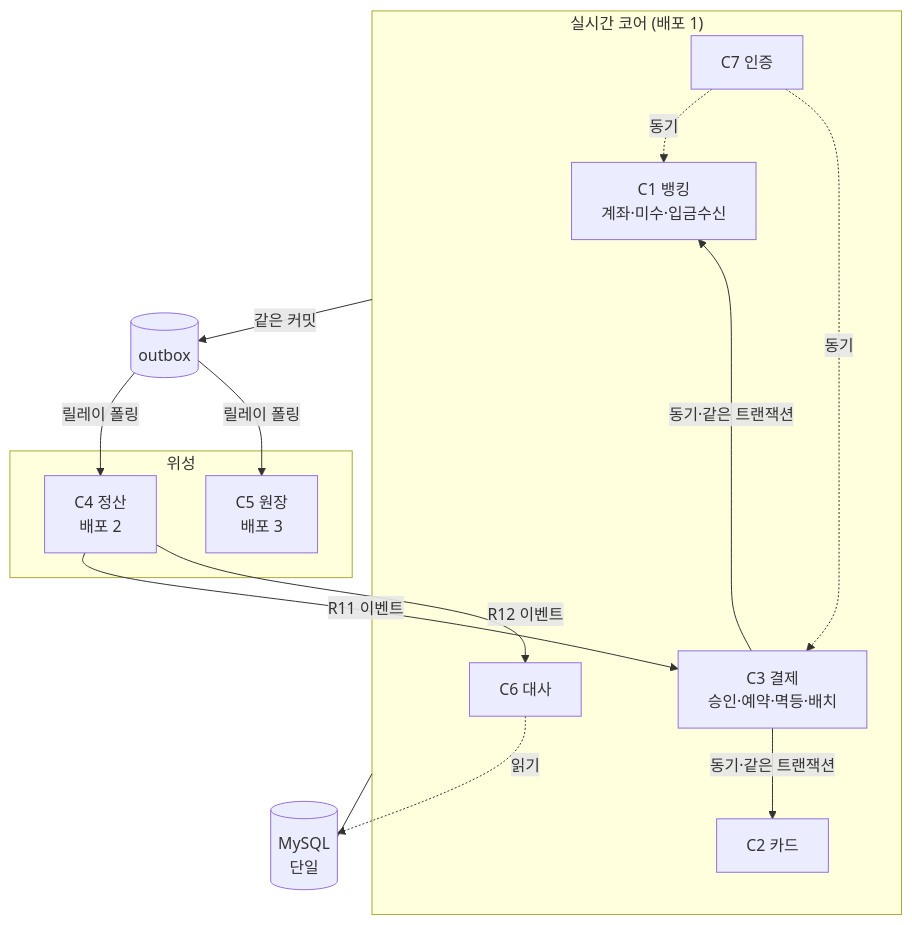
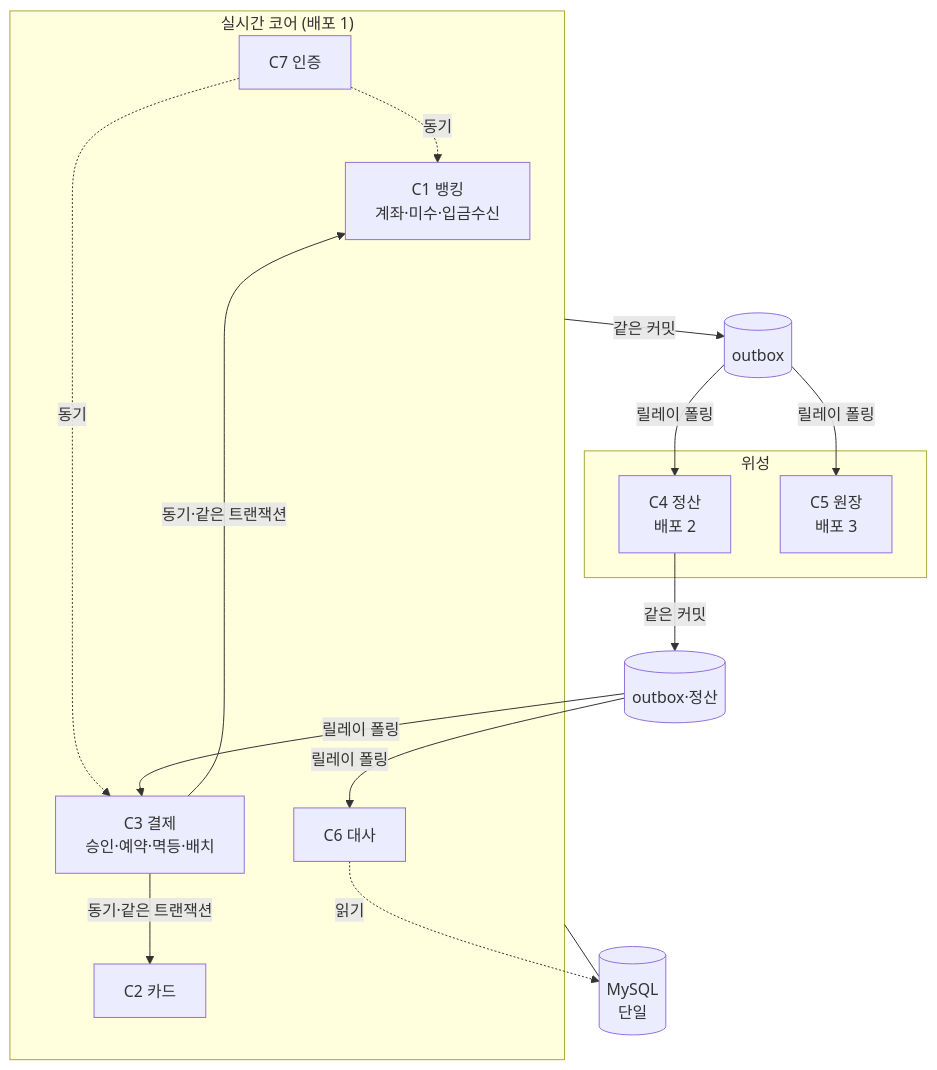
Before and after one commit to jun-bank/docs: the diagram in architecture/views/02-container.md, drawn with Mermaid. The commit also changed other lines of this file and 14 other files, not shown here.

````diff
--- a/architecture/views/02-container.md
+++ b/architecture/views/02-container.md
@@ -12,28 +12,29 @@
 ```mermaid
 graph TB
     subgraph CORE["실시간 코어 (배포 1)"]
         C1[C1 뱅킹<br/>계좌·미수·입금수신]
         C2[C2 카드]
         C3[C3 결제<br/>승인·예약·멱등·배치]
         C6[C6 대사]
         C7[C7 인증]
     end
     OB[(outbox)]
     subgraph SAT["위성"]
         C4[C4 정산<br/>배포 2]
         C5[C5 원장<br/>배포 3]
     end
     DB[(MySQL<br/>단일)]
 
     C3 -->|동기·같은 트랜잭션| C1
     C3 -->|동기·같은 트랜잭션| C2
     C7 -.동기.-> C1
     C7 -.동기.-> C3
     CORE --- DB
     CORE -->|같은 커밋| OB
     OB -->|릴레이 폴링| C4
     OB -->|릴레이 폴링| C5
-    C4 -->|R11 이벤트| C3
-    C4 -->|R12 이벤트| C6
+    C4 -->|같은 커밋| OB2[(outbox·정산)]
+    OB2 -->|릴레이 폴링| C3
+    OB2 -->|릴레이 폴링| C6
     C6 -.읽기.-> DB
 ```
````
